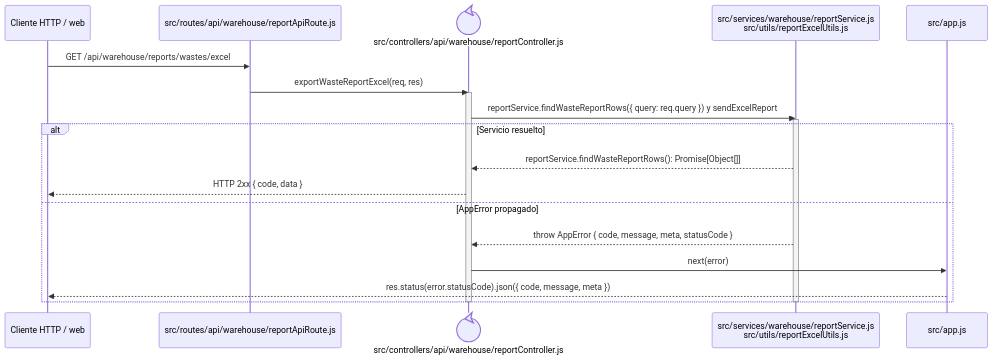
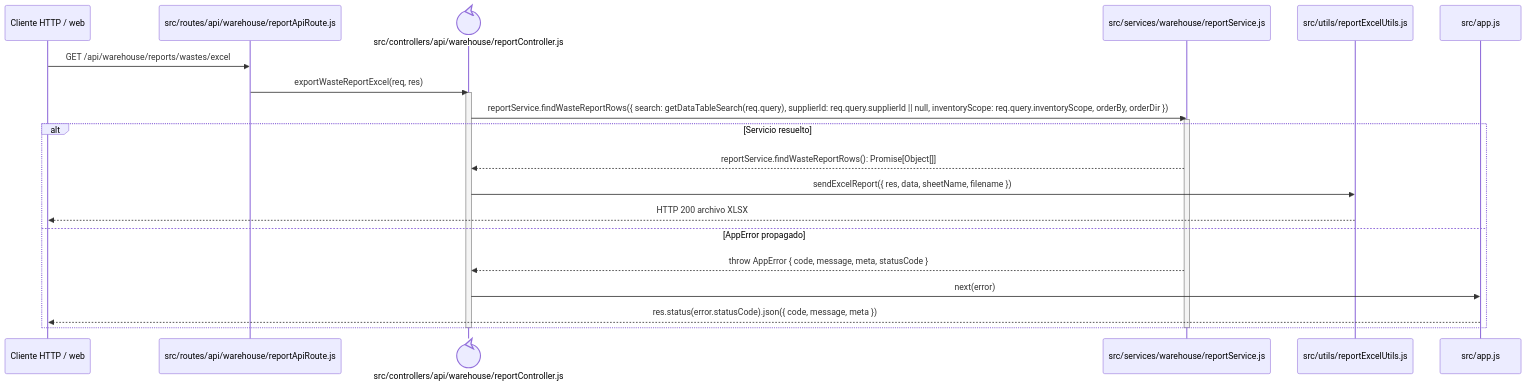
The diagram in docs/architecture/backend-code-sequences/catalogs/cu-alm-14.md (gpgsistemas01/nexus), drawn with Mermaid before and after one commit. The commit also changed 22 other files, not shown here.

````diff
--- a/docs/architecture/backend-code-sequences/catalogs/cu-alm-14.md
+++ b/docs/architecture/backend-code-sequences/catalogs/cu-alm-14.md
@@ -6,24 +6,26 @@
 ```mermaid
 sequenceDiagram
     participant Client as Cliente HTTP / web
     participant Route as src/routes/api/warehouse/reportApiRoute.js
     participant Controller@{ "type": "control" } as src/controllers/api/warehouse/reportController.js
-    participant Domain as src/services/warehouse/reportService.js<br/>src/utils/reportExcelUtils.js
+    participant Query as src/services/warehouse/reportService.js
+    participant Excel as src/utils/reportExcelUtils.js
     participant ErrorHandler as src/app.js
 
     Client->>Route: GET /api/warehouse/reports/wastes/excel
     Route->>Controller: exportWasteReportExcel(req, res)
     activate Controller
-    Controller->>Domain: reportService.findWasteReportRows({ query: req.query }) y sendExcelReport
-    activate Domain
+    Controller->>Query: reportService.findWasteReportRows({ search: getDataTableSearch(req.query), supplierId: req.query.supplierId || null, inventoryScope: req.query.inventoryScope, orderBy, orderDir })
+    activate Query
     alt Servicio resuelto
-        Domain-->>Controller: reportService.findWasteReportRows(): Promise[Object[]]
-        Controller-->>Client: HTTP 2xx { code, data }
+        Query-->>Controller: reportService.findWasteReportRows(): Promise[Object[]]
+        Controller->>Excel: sendExcelReport({ res, data, sheetName, filename })
+        Excel-->>Client: HTTP 200 archivo XLSX
     else AppError propagado
-        Domain-->>Controller: throw AppError { code, message, meta, statusCode }
+        Query-->>Controller: throw AppError { code, message, meta, statusCode }
         Controller->>ErrorHandler: next(error)
         ErrorHandler-->>Client: res.status(error.statusCode).json({ code, message, meta })
     end
-    deactivate Domain
+    deactivate Query
     deactivate Controller
 ```
````
